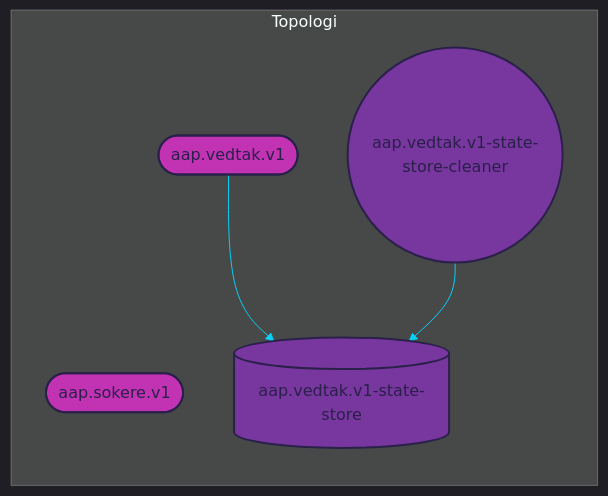
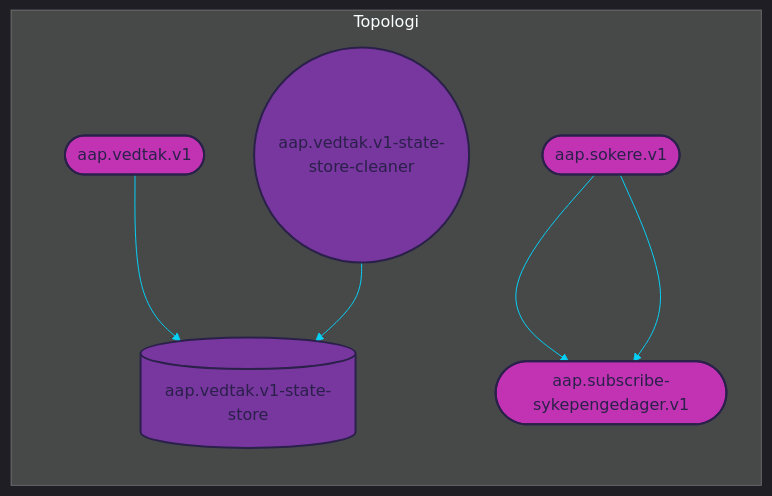
Before and after one commit to navikt/aap-bot: the diagram in docs/topology.mmd, drawn with Mermaid. The commit also changed 2 other files, not shown here.

Commit message:
subscribe sykepengedager for å retrigge republisering.

```diff
--- a/docs/topology.mmd
+++ b/docs/topology.mmd
@@ -1,60 +1,62 @@
 
 %%{init: {'theme': 'dark', 'themeVariables': { 'primaryColor': '#07cff6', 'textColor': '#dad9e0', 'lineColor': '#07cff6'}}}%%
 
 graph LR
 
 subgraph Topologi
     %% TOPICS
     aap.sokere.v1([aap.sokere.v1])
+	aap.subscribe-sykepengedager.v1([aap.subscribe-sykepengedager.v1])
 	aap.vedtak.v1([aap.vedtak.v1])
 
     %% JOINS
     
 
     %% STATE PROCESSORS
     
     
     %% STATE STORES
     aap.vedtak.v1-state-store[(aap.vedtak.v1-state-store)]
     
     %% DATABASES
     
     
 
     %% PROCESSOR API JOBS
     aap.vedtak.v1-state-store-cleaner((aap.vedtak.v1-state-store-cleaner))
     
     %% JOIN STREAMS
     
 
     %% TABLE STREAMS
     aap.vedtak.v1 --> aap.vedtak.v1-state-store
 
     %% JOB STREAMS
     aap.vedtak.v1-state-store-cleaner --> aap.vedtak.v1-state-store
     
     %% BRANCH STREAMS
-    
+    aap.sokere.v1 --> aap.subscribe-sykepengedager.v1
 
     %% REPARTITION STREAMS
     
     
     %% BASIC STREAMS
-    
+    aap.sokere.v1 --> aap.subscribe-sykepengedager.v1
     
     %% CUSTOM PROCESS STREAMS
     
 end
 
 %% COLORS
 %% light    #dad9e0
 %% purple   #78369f
 %% pink     #c233b4
 %% dark     #2a204a
 %% blue     #07cff6
 
 %% STYLES
 style aap.sokere.v1 fill:#c233b4, stroke:#2a204a, stroke-width:2px, color:#2a204a
+style aap.subscribe-sykepengedager.v1 fill:#c233b4, stroke:#2a204a, stroke-width:2px, color:#2a204a
 style aap.vedtak.v1 fill:#c233b4, stroke:#2a204a, stroke-width:2px, color:#2a204a
 style aap.vedtak.v1-state-store fill:#78369f, stroke:#2a204a, stroke-width:2px, color:#2a204a
 style aap.vedtak.v1-state-store-cleaner fill:#78369f, stroke:#2a204a, stroke-width:2px, color:#2a204a
```
